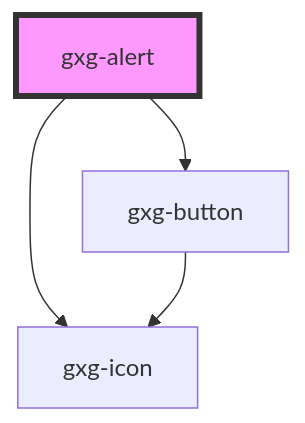
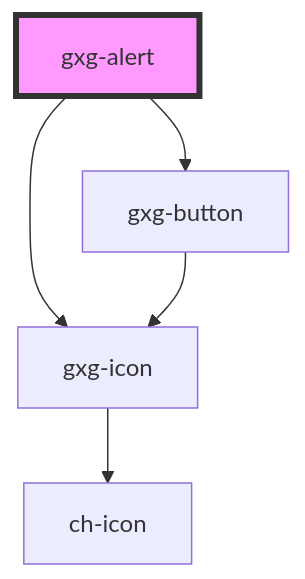
One commit to genexuslabs/gemini changed the diagram in src/components/alert/readme.md. Above: the diagram before and after it, drawn with Mermaid. The commit also changed 32 other files, not shown here.

````diff
--- a/src/components/alert/readme.md
+++ b/src/components/alert/readme.md
@@ -29,7 +29,8 @@
 ```mermaid
 graph TD;
   gxg-alert --> gxg-icon
   gxg-alert --> gxg-button
+  gxg-icon --> ch-icon
   gxg-button --> gxg-icon
   style gxg-alert fill:#f9f,stroke:#333,stroke-width:4px
 ```
````
